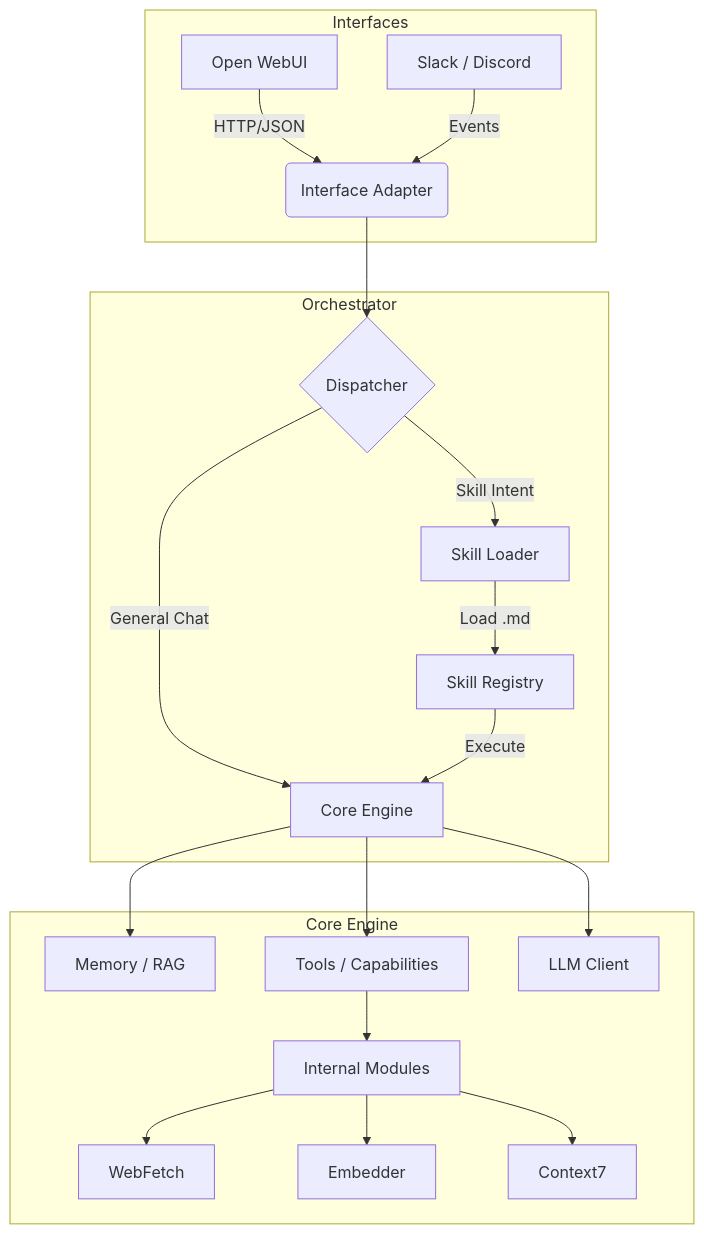
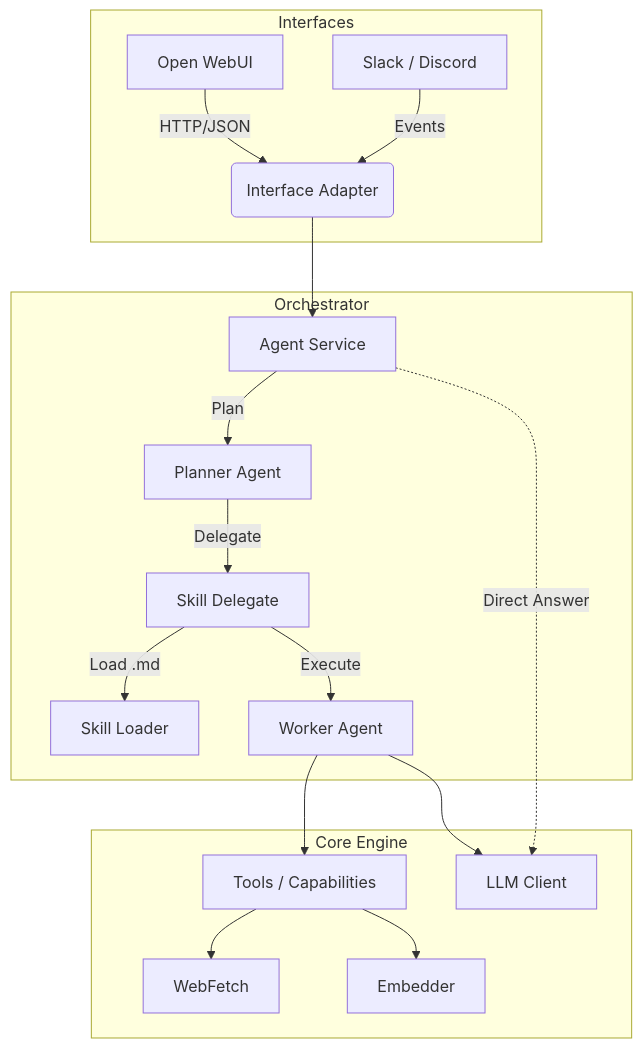
One commit to MagTer/ai-agent-platform changed the diagram in docs/ARCHITECTURE.md. Above: the diagram before and after it, drawn with Mermaid. The commit also changed other lines of this file and 3 other files, not shown here.

Commit message:
Update docs to reflect Orchestrator-Worker pattern and Skill variables

````diff
--- a/docs/ARCHITECTURE.md
+++ b/docs/ARCHITECTURE.md
@@ -5,25 +5,23 @@
 ```mermaid
 graph TD
     subgraph Interfaces
         A[Open WebUI] -->|HTTP/JSON| B(Interface Adapter)
         C[Slack / Discord] -->|Events| B
     end
 
     subgraph Orchestrator
-        B --> D{Dispatcher}
-        D -->|Skill Intent| E[Skill Loader]
-        D -->|General Chat| F[Core Engine]
-        E -->|Load .md| G[Skill Registry]
-        G -->|Execute| F
+        B --> D[Agent Service]
+        D -->|Plan| E[Planner Agent]
+        E -->|Delegate| F[Skill Delegate]
+        F -->|Load .md| G[Skill Loader]
+        F -->|Execute| H[Worker Agent]
     end
 
     subgraph Core Engine
-        F --> H[Memory / RAG]
-        F --> I[Tools / Capabilities]
-        F --> J[LLM Client]
-        I --> K[Internal Modules]
-        K --> L[WebFetch]
-        K --> M[Embedder]
-        K --> N[Context7]
+        D -.->|Direct Answer| I[LLM Client]
+        H --> J[Tools / Capabilities]
+        H --> I
+        J --> K[WebFetch]
+        J --> L[Embedder]
     end
 ```
````
